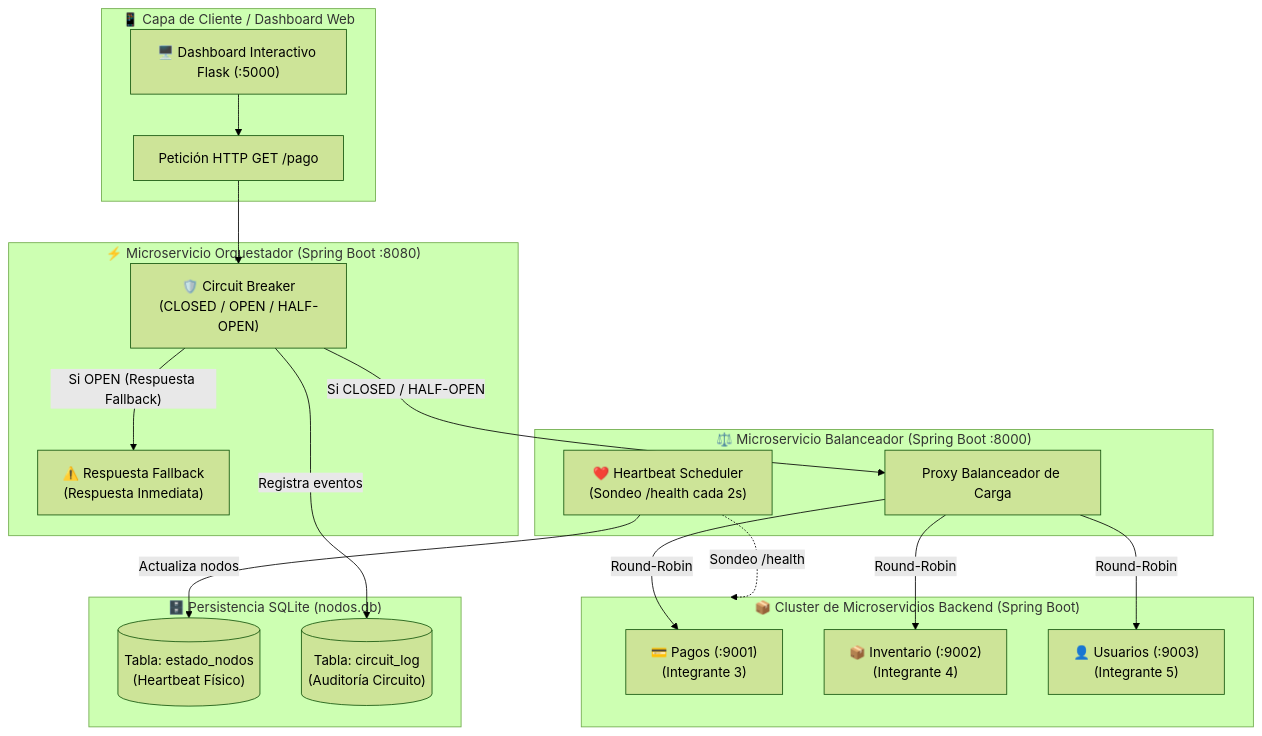
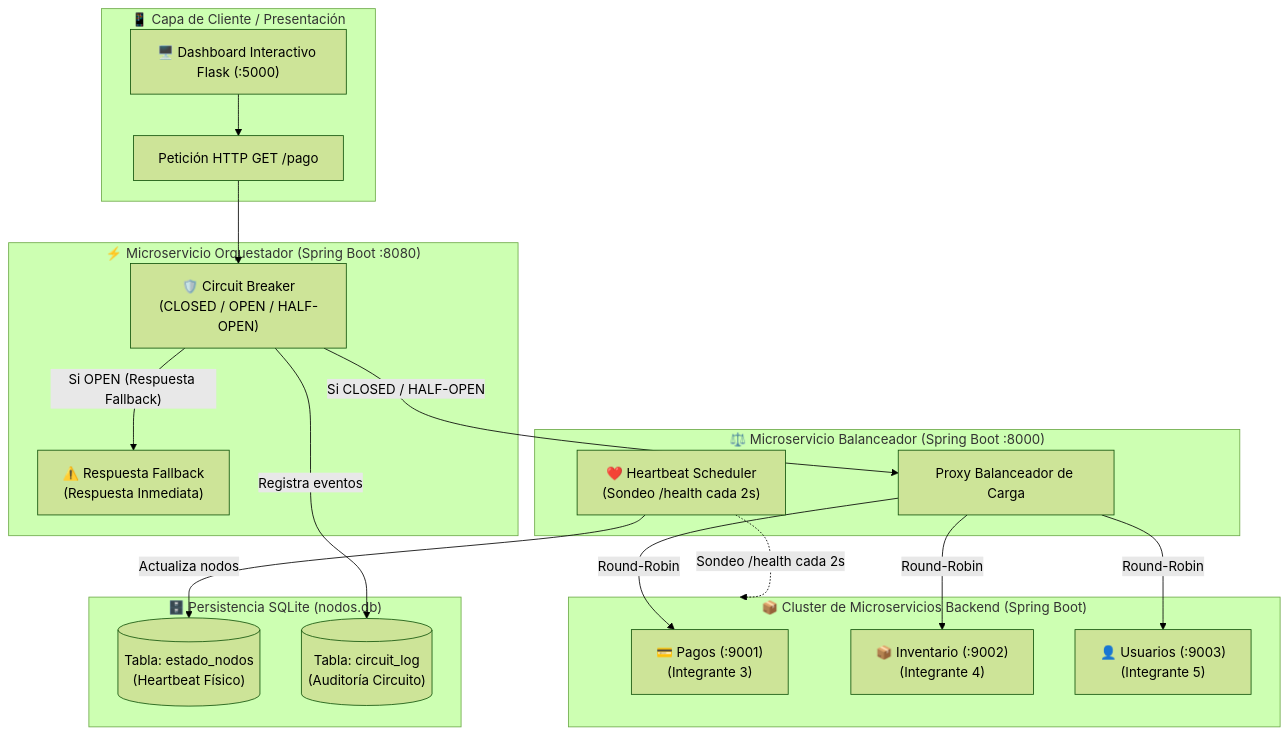
One commit to FrancisJaramilloC/APE_15_16_Distribuidos changed the diagram in README.md. Above: the diagram before and after it, drawn with Mermaid (forest theme). The commit also changed other lines of this file, not shown here.

````diff
--- a/README.md
+++ b/README.md
@@ -10,43 +10,43 @@
 ```mermaid
 flowchart TD
-    subgraph CapaCliente ["📱 Capa de Cliente / Dashboard Web"]
+    subgraph CapaCliente ["📱 Capa de Cliente / Presentación"]
         WebUI["🖥️ Dashboard Interactivo Flask (:5000)"]
         Req["Petición HTTP GET /pago"]
     end
 
     subgraph CapaOrquestacion ["⚡ Microservicio Orquestador (Spring Boot :8080)"]
         CB["🛡️ Circuit Breaker<br/>(CLOSED / OPEN / HALF-OPEN)"]
         FB["⚠️ Respuesta Fallback<br/>(Respuesta Inmediata)"]
     end
 
     subgraph CapaBalanceo ["⚖️ Microservicio Balanceador (Spring Boot :8000)"]
         LB["Proxy Balanceador de Carga"]
         HB["❤️ Heartbeat Scheduler<br/>(Sondeo /health cada 2s)"]
     end
 
     subgraph CapaCluster ["📦 Cluster de Microservicios Backend (Spring Boot)"]
         B1["💳 Pagos (:9001)<br/>(Integrante 3)"]
         B2["📦 Inventario (:9002)<br/>(Integrante 4)"]
         B3["👤 Usuarios (:9003)<br/>(Integrante 5)"]
     end
 
     subgraph CapaPersistencia ["🗄️ Persistencia SQLite (nodos.db)"]
         DB_Nodes[("Tabla: estado_nodos<br/>(Heartbeat Físico)")]
         DB_Circuit[("Tabla: circuit_log<br/>(Auditoría Circuito)")]
     end
 
     %% Flujo Principal de Solicitudes
     WebUI --> Req
     Req --> CB
     CB -->|"Si CLOSED / HALF-OPEN"| LB
     CB -->|"Si OPEN (Respuesta Fallback)"| FB
 
     LB -->|"Round-Robin"| B1
     LB -->|"Round-Robin"| B2
     LB -->|"Round-Robin"| B3
 
     %% Monitoreo en Segundo Plano y Persistencia
-    HB -.->|"Sondeo /health"| CapaCluster
+    HB -.->|"Sondeo /health cada 2s"| CapaCluster
     HB -->|"Actualiza nodos"| DB_Nodes
     CB -->|"Registra eventos"| DB_Circuit
 ```
````
